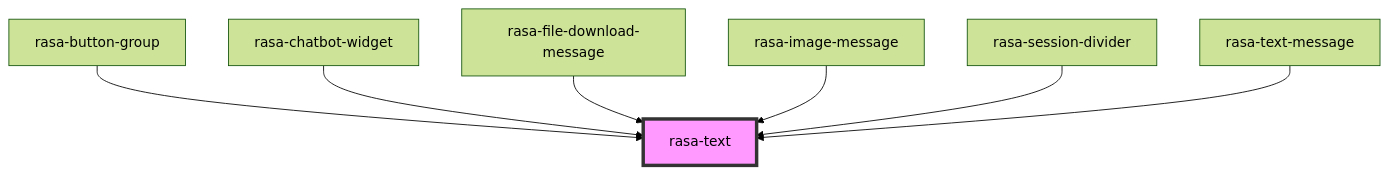
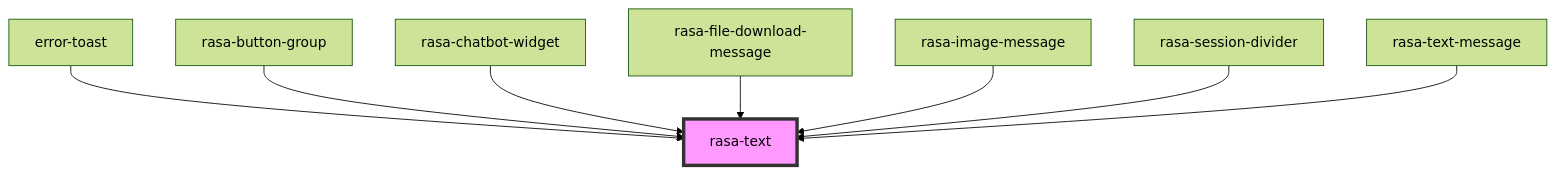
Before and after one commit to RasaHQ/chat-widget: the diagram in packages/web-component/src/components/text/readme.md, drawn with Mermaid (forest theme). The commit also changed other lines of this file and 34 other files, not shown here.

First line of the commit message:
Custom error handler, error toast

````diff
--- a/packages/web-component/src/components/text/readme.md
+++ b/packages/web-component/src/components/text/readme.md
@@ -30,10 +31,11 @@
 ```mermaid
 graph TD;
+  error-toast --> rasa-text
   rasa-button-group --> rasa-text
   rasa-chatbot-widget --> rasa-text
   rasa-file-download-message --> rasa-text
   rasa-image-message --> rasa-text
   rasa-session-divider --> rasa-text
   rasa-text-message --> rasa-text
   style rasa-text fill:#f9f,stroke:#333,stroke-width:4px
 ```
````
